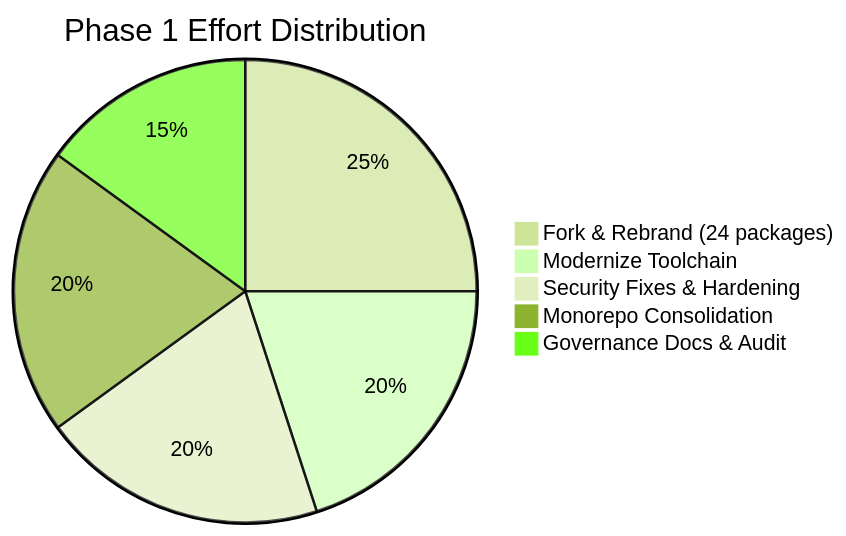
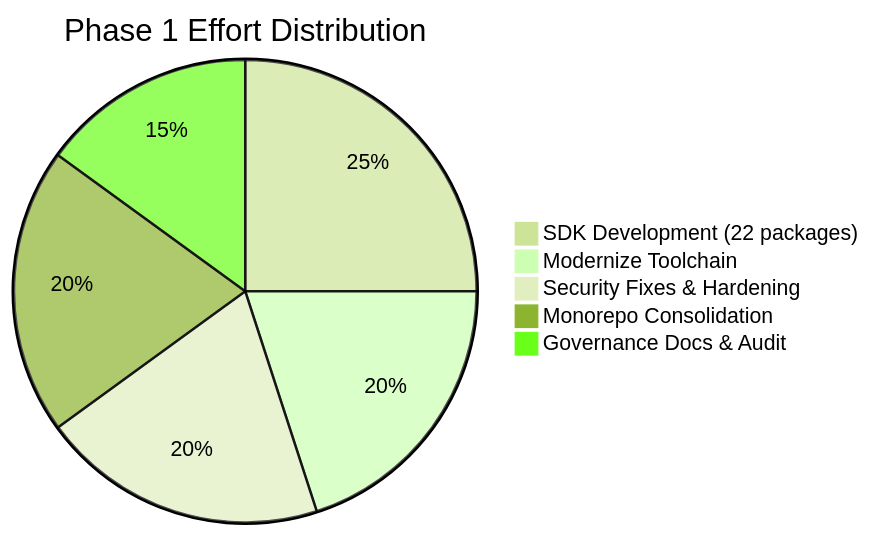
The seventh of 11 diagrams in ROADMAP.md (33imattei33/roadmap-project), drawn with Mermaid (forest theme) before and after one commit. The commit also changed other lines of this file, not shown here.

First line of the commit message:
docs: rewrite roadmap with Phase 2/3 deadlines and remove upstream references

````diff
--- a/ROADMAP.md
+++ b/ROADMAP.md
@@ -301,8 +292,8 @@
 ```mermaid
 pie title Phase 1 Effort Distribution
-    "Fork & Rebrand (24 packages)" : 25
+    "SDK Development (22 packages)" : 25
     "Modernize Toolchain" : 20
     "Security Fixes & Hardening" : 20
     "Monorepo Consolidation" : 20
     "Governance Docs & Audit" : 15
 ```
````
